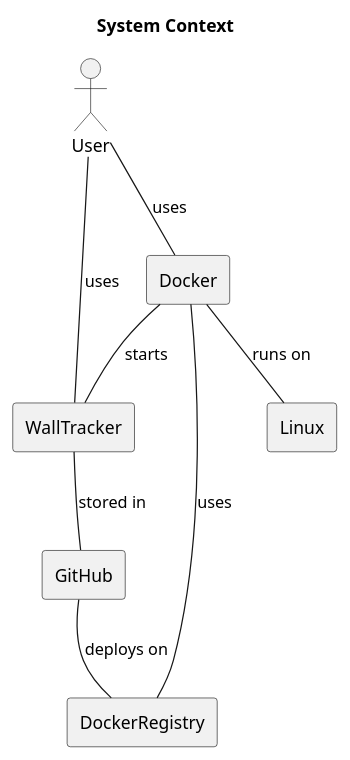
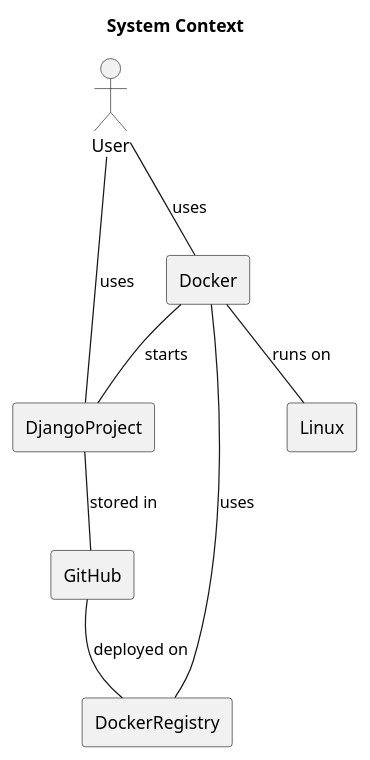
Before and after one commit to braboj/the-great-wall: the diagram in assets/plantuml/C4_L1_system_context.puml, drawn with PlantUML. The commit also changed 3 other files, not shown here.

Commit message:
(#16) - Update the plantuml diagrams

```diff
--- a/assets/plantuml/C4_L1_system_context.puml
+++ b/assets/plantuml/C4_L1_system_context.puml
@@ -1,55 +1,55 @@
 @startuml
 /'
 Provide the overall system context that includes:
 
 - User roles
 - Our system, could be more than 1
 - Externals systems such as github, docker registry, cloud providers, etc.
 - Interactions between the systems
 
 Suitable diagrams:
 - https://plantuml.com/deployment-diagram
 
 '/
 
 'skinparam {
 '    PackageStyle Frame
 '    ArrowColor #000000
 '    BackgroundColor #ffffff
 '    BorderColor #b0b0b0
 '    linetype polyline
 '    linetype ortho
 '    nodesep 50
 '    ranksep 100
 '}
 
 title System Context
 
 actor User as user
 
-rectangle WallTracker {
+rectangle DjangoProject {
 }
 
 rectangle Docker {
 }
 
 rectangle DockerRegistry {
 }
 
 rectangle GitHub {
 }
 
 rectangle Linux {
 }
 
 user -- Docker : uses
-user -- WallTracker : uses
+user -- DjangoProject : uses
 
 Docker -- Linux : runs on
-Docker -- WallTracker : starts
+Docker -- DjangoProject : starts
 Docker -- DockerRegistry : uses
-WallTracker -- GitHub : stored in
-GitHub -- DockerRegistry : deploys on
+DjangoProject -- GitHub : stored in
+GitHub -- DockerRegistry : deployed on
 
 
 @enduml
```
